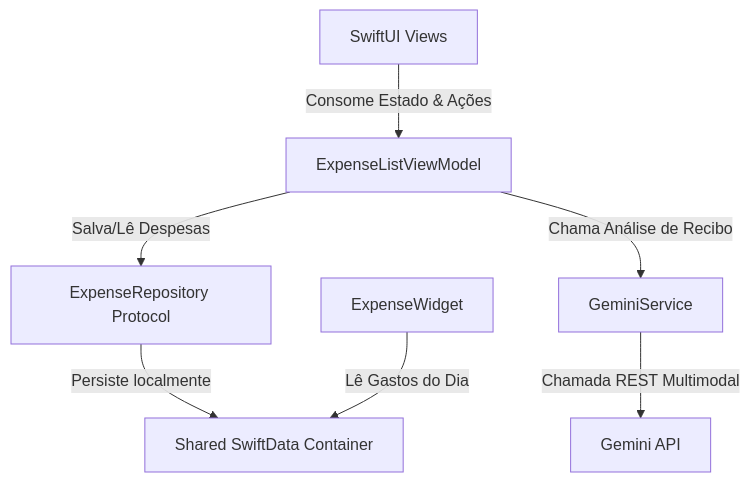
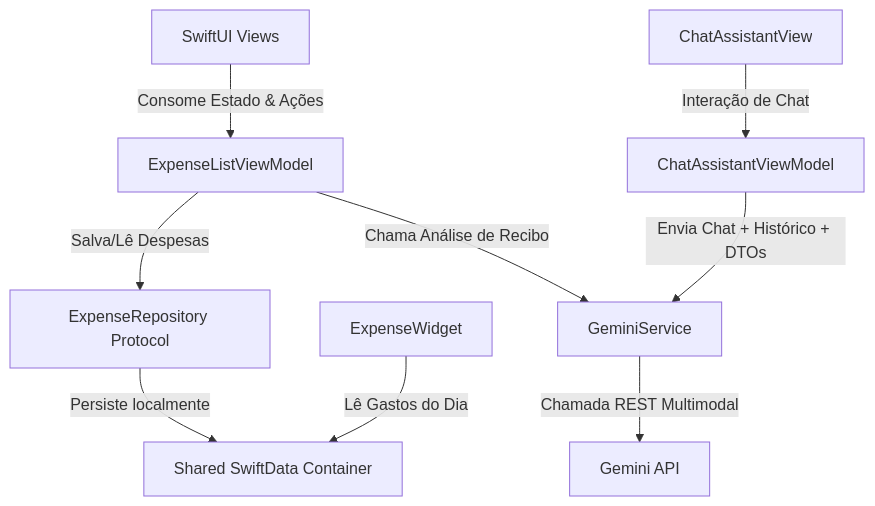
Before and after one commit to leomartinezjr/ExpenseAssistant: the diagram in README.md, drawn with Mermaid. The commit also changed other lines of this file, not shown here.

Commit message:
Doc: Update README.md with Phase 3 IA Coach Chat, temporal filters, and Sendable concurrency safety

````diff
--- a/README.md
+++ b/README.md
@@ -63,9 +65,12 @@
 ```mermaid
 graph TD
     View[SwiftUI Views] -->|Consome Estado & Ações| VM[ExpenseListViewModel]
     VM -->|Salva/Lê Despesas| Repo[ExpenseRepository Protocol]
     VM -->|Chama Análise de Recibo| Service[GeminiService]
     Repo -->|Persiste localmente| SwiftData[Shared SwiftData Container]
     Service -->|Chamada REST Multimodal| GeminiAPI[Gemini API]
     Widget[ExpenseWidget] -->|Lê Gastos do Dia| SwiftData
+    
+    ChatView[ChatAssistantView] -->|Interação de Chat| ChatVM[ChatAssistantViewModel]
+    ChatVM -->|Envia Chat + Histórico + DTOs| Service
 ```
````
